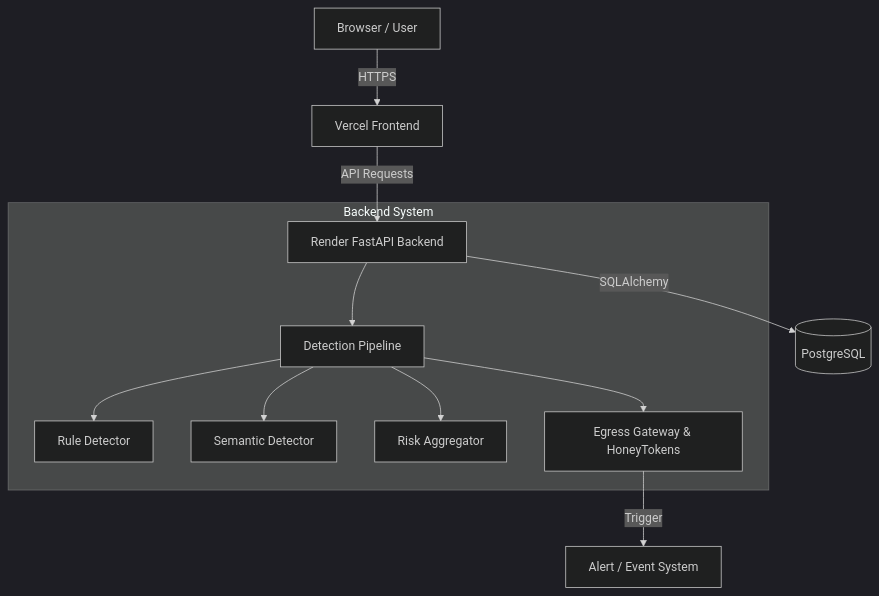
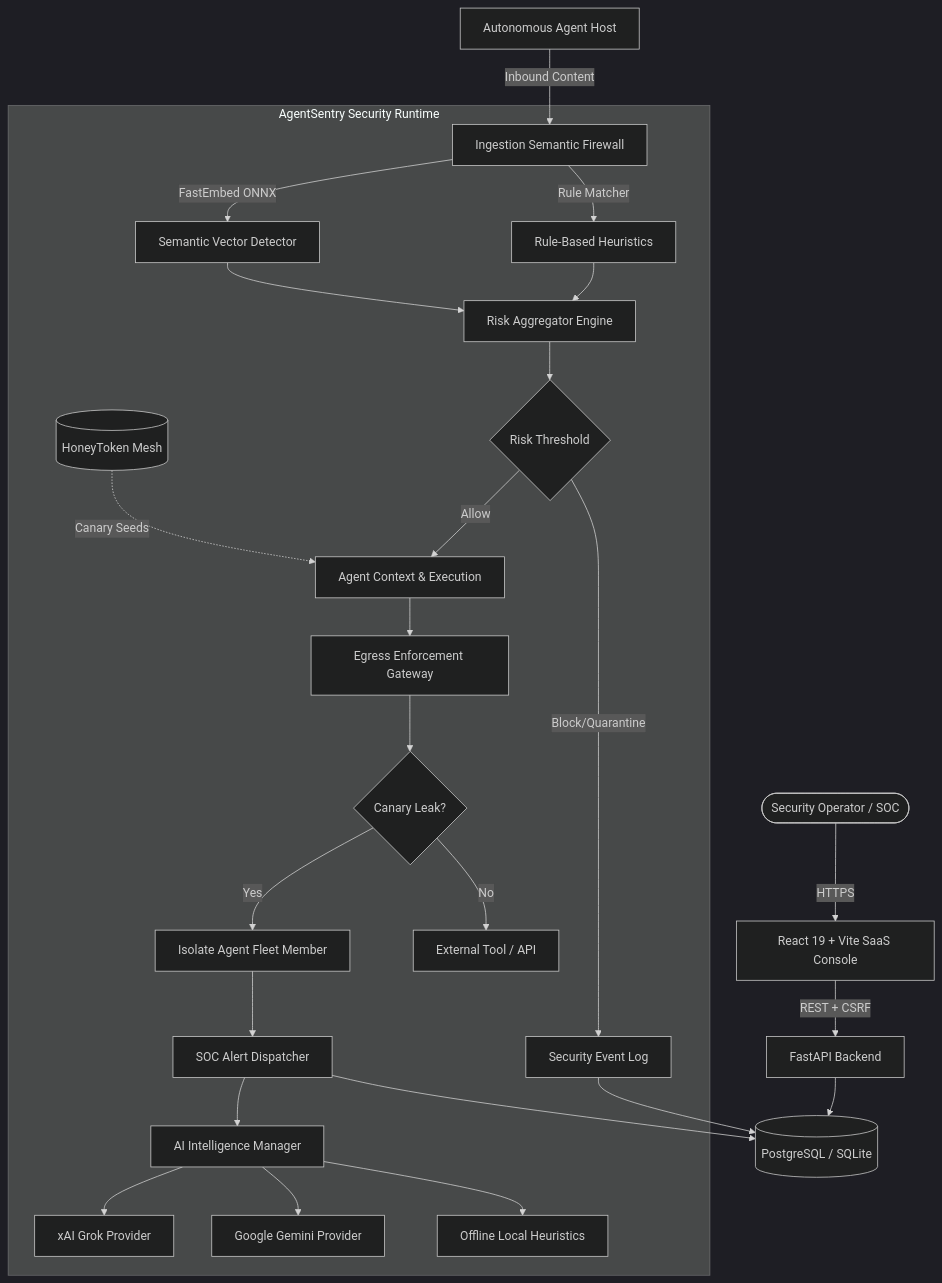
The diagram in README.md (dilipnetawat/AgentSentry), drawn with Mermaid (dark theme) before and after one commit. The commit also changed other lines of this file and 87 other files, not shown here.

Commit message:
feat: add interactive playground, multi-provider AI engine, and system telemetry

````diff
--- a/README.md
+++ b/README.md
@@ -34,16 +51,34 @@
 ```mermaid
 graph TD
-    Browser[Browser / User] -->|HTTPS| Vercel[Vercel Frontend]
-    Vercel -->|API Requests| Render[Render FastAPI Backend]
+    User([Security Operator / SOC]) -->|HTTPS| Frontend[React 19 + Vite SaaS Console]
+    AgentRunner[Autonomous Agent Host] -->|Inbound Content| Firewall[Ingestion Semantic Firewall]
     
-    subgraph "Backend System"
-        Render --> Pipeline[Detection Pipeline]
-        Pipeline --> Rule[Rule Detector]
-        Pipeline --> Semantic[Semantic Detector]
-        Pipeline --> Risk[Risk Aggregator]
-        Pipeline --> Egress[Egress Gateway & HoneyTokens]
+    subgraph "AgentSentry Security Runtime"
+        Firewall -->|Rule Matcher| RuleEngine[Rule-Based Heuristics]
+        Firewall -->|FastEmbed ONNX| SemanticEngine[Semantic Vector Detector]
+        RuleEngine --> Aggregator[Risk Aggregator Engine]
+        SemanticEngine --> Aggregator
+
+        Aggregator --> Decision{Risk Threshold}
+        Decision -->|Allow| AgentExecution[Agent Context & Execution]
+        Decision -->|Block/Quarantine| SecEvent[Security Event Log]
+
+        AgentExecution --> EgressGate[Egress Enforcement Gateway]
+        DecoyMesh[(HoneyToken Mesh)] -.->|Canary Seeds| AgentExecution
+
+        EgressGate --> CanaryCheck{Canary Leak?}
+        CanaryCheck -->|Yes| AutoIsolate[Isolate Agent Fleet Member]
+        AutoIsolate --> AlertSystem[SOC Alert Dispatcher]
+        CanaryCheck -->|No| Destination[External Tool / API]
+
+        AlertSystem --> AIOrchestrator[AI Intelligence Manager]
+        AIOrchestrator --> Grok[xAI Grok Provider]
+        AIOrchestrator --> Gemini[Google Gemini Provider]
+        AIOrchestrator --> Local[Offline Local Heuristics]
     end
-    
-    Render -->|SQLAlchemy| DB[(PostgreSQL)]
-    Egress -->|Trigger| Alert[Alert / Event System]
+
+    Frontend -->|REST + CSRF| FastAPIServer[FastAPI Backend]
+    FastAPIServer --> Database[(PostgreSQL / SQLite)]
+    SecEvent --> Database
+    AlertSystem --> Database
 ```
````
